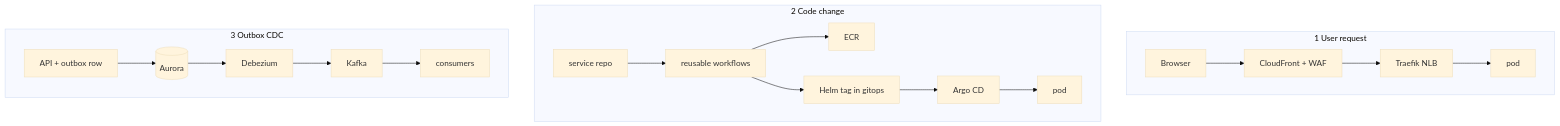
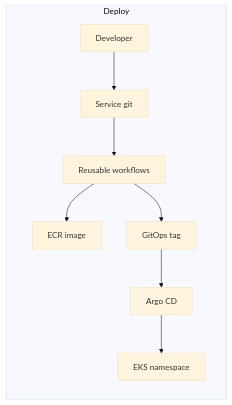
Before and after one commit to AyushKumar-RFE/falconx-architecture-docs: the second of 3 diagrams in docs/infra/index.md, drawn with Mermaid (base theme). The commit also changed other lines of this file and 17 other files, not shown here.

````diff
--- a/docs/infra/index.md
+++ b/docs/infra/index.md
@@ -48,20 +73,11 @@
 ```mermaid
-flowchart TB
-  subgraph request [1 User request]
-    U[Browser] --> CF[CloudFront + WAF]
-    CF --> T[Traefik NLB]
-    T --> P[pod]
-  end
-  subgraph change [2 Code change]
-    R[service repo] --> CI[reusable workflows]
-    CI --> ECR[ECR]
-    CI --> H[Helm tag in gitops]
-    H --> AR[Argo CD] --> P2[pod]
-  end
-  subgraph data [3 Outbox CDC]
-    API[API + outbox row] --> PG[(Aurora)]
-    PG --> D[Debezium]
-    D --> K[Kafka]
-    K --> DA[consumers]
+flowchart LR
+  subgraph ship [Deploy]
+    Dev[Developer] --> Git[Service git]
+    Git --> CI[Reusable workflows]
+    CI --> Img[ECR image]
+    CI --> Helm[GitOps tag]
+    Helm --> Argo[Argo CD]
+    Argo --> K8s[EKS namespace]
   end
 ```
````
